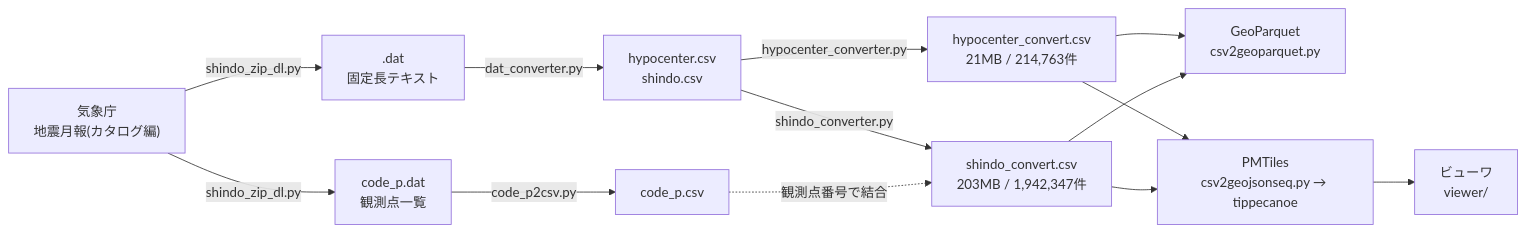
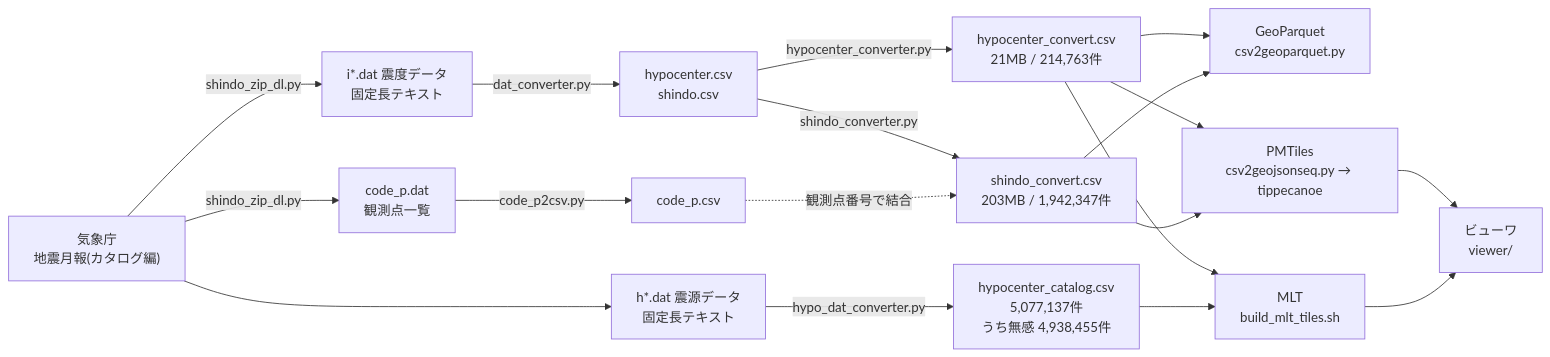
Before and after one commit to shiwaku/jma-earthquake-data-converter: the diagram in README.md, drawn with Mermaid. The commit also changed other lines of this file, not shown here.

````diff
--- a/README.md
+++ b/README.md
@@ -91,15 +98,20 @@
 ```mermaid
 flowchart LR
-  JMA["気象庁<br/>地震月報(カタログ編)"] -->|shindo_zip_dl.py| DAT[".dat<br/>固定長テキスト"]
+  JMA["気象庁<br/>地震月報(カタログ編)"] -->|shindo_zip_dl.py| DAT["i*.dat 震度データ<br/>固定長テキスト"]
   JMA -->|shindo_zip_dl.py| CODEP["code_p.dat<br/>観測点一覧"]
+  JMA --> HDAT["h*.dat 震源データ<br/>固定長テキスト"]
   CODEP -->|code_p2csv.py| CODECSV["code_p.csv"]
   DAT -->|dat_converter.py| RAW["hypocenter.csv<br/>shindo.csv"]
   RAW -->|hypocenter_converter.py| HYPO["hypocenter_convert.csv<br/>21MB / 214,763件"]
   RAW -->|shindo_converter.py| SHINDO["shindo_convert.csv<br/>203MB / 1,942,347件"]
+  HDAT -->|hypo_dat_converter.py| CAT["hypocenter_catalog.csv<br/>5,077,137件<br/>うち無感 4,938,455件"]
   CODECSV -.観測点番号で結合.-> SHINDO
   HYPO --> GP["GeoParquet<br/>csv2geoparquet.py"]
   SHINDO --> GP
   HYPO --> PM["PMTiles<br/>csv2geojsonseq.py → tippecanoe"]
   SHINDO --> PM
+  HYPO --> MLT["MLT<br/>build_mlt_tiles.sh"]
+  CAT --> MLT
   PM --> VIEWER["ビューワ<br/>viewer/"]
+  MLT --> VIEWER
 ```
````
